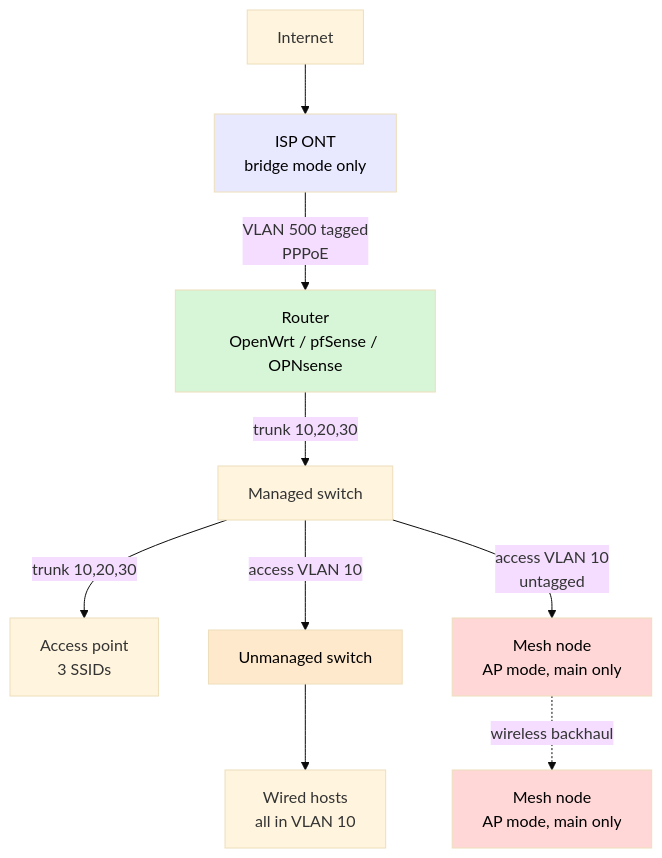
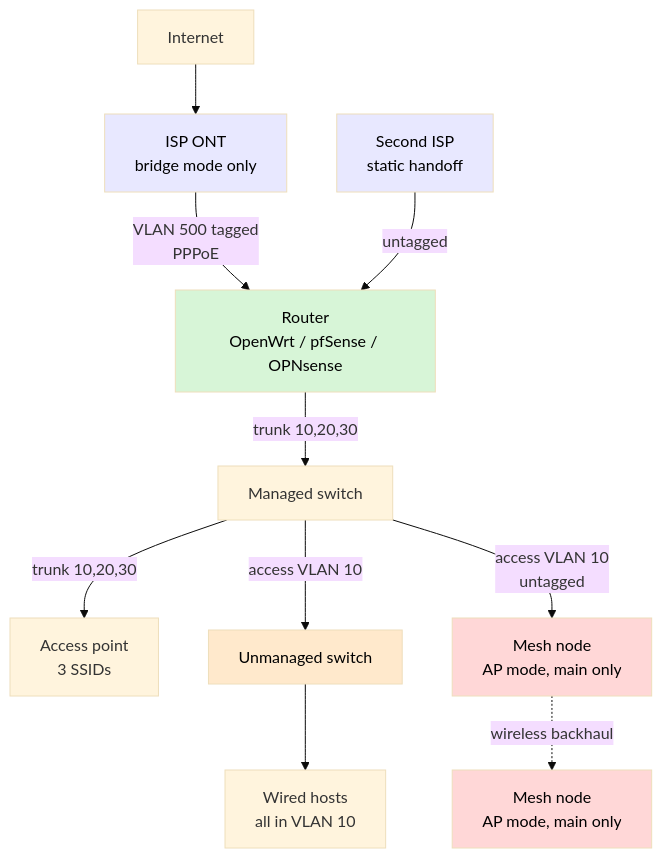
One commit to alanfong93/network-sandbox changed the diagram in docs/SPEC.md. Above: the diagram before and after it, drawn with Mermaid (base theme). The commit also changed other lines of this file and 3 other files, not shown here.

````diff
--- a/docs/SPEC.md
+++ b/docs/SPEC.md
@@ -341,16 +342,18 @@
 ```mermaid
 flowchart TD
     NET[Internet] --> ONT[ISP ONT<br>bridge mode only]
     ONT -->|VLAN 500 tagged<br>PPPoE| RTR[Router<br>OpenWrt / pfSense / OPNsense]
+    ISP2[Second ISP<br>static handoff] -->|untagged| RTR
     RTR -->|trunk 10,20,30| MSW[Managed switch]
     MSW -->|trunk 10,20,30| AP[Access point<br>3 SSIDs]
     MSW -->|access VLAN 10| USW[Unmanaged switch]
     MSW -->|access VLAN 10<br>untagged| MESH1[Mesh node<br>AP mode, main only]
     MESH1 -.wireless backhaul.-> MESH2[Mesh node<br>AP mode, main only]
     USW --> WIRED[Wired hosts<br>all in VLAN 10]
     style ONT fill:#e8e8ff,color:#000
+    style ISP2 fill:#e8e8ff,color:#000
     style RTR fill:#d7f5d7,color:#000
     style USW fill:#ffe9cc,color:#000
     style MESH1 fill:#ffd7d7,color:#000
     style MESH2 fill:#ffd7d7,color:#000
 ```
````
